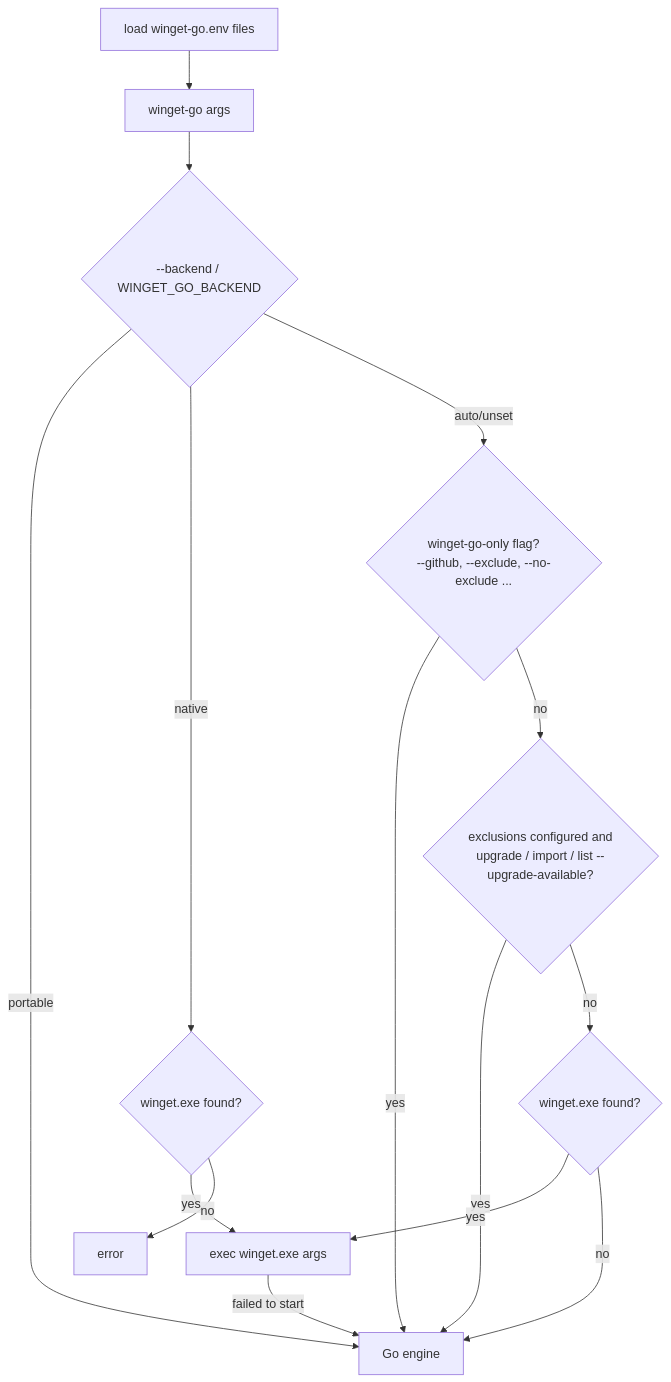
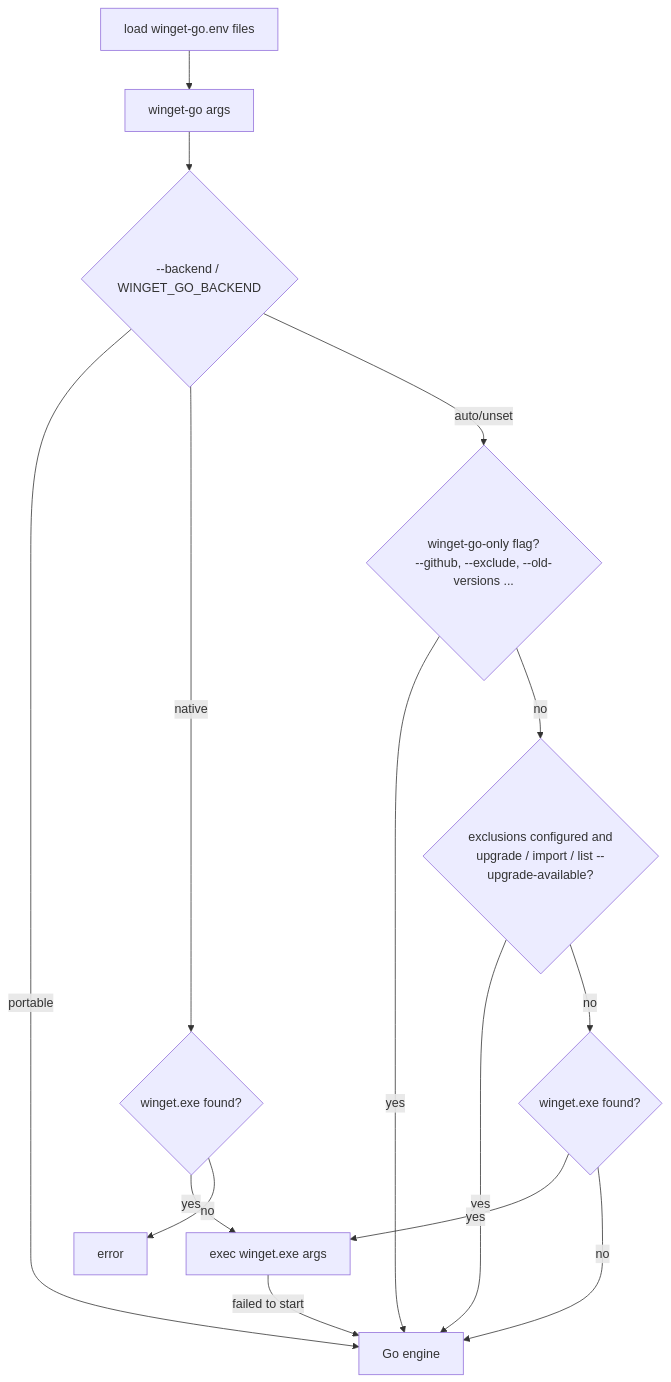
One commit to badamsz/winget-go changed the first of 3 diagrams in docs/ARCHITECTURE.md. Above: the diagram before and after it, drawn with Mermaid. The commit also changed other lines of this file and 10 other files, not shown here.

First line of the commit message:
Add uninstall --old-versions to remove outdated side-by-side versions

````diff
--- a/docs/ARCHITECTURE.md
+++ b/docs/ARCHITECTURE.md
@@ -21,17 +21,17 @@
 ```mermaid
 flowchart TD
     S[load winget-go.env files] --> A
     A[winget-go args] --> B{--backend / WINGET_GO_BACKEND}
     B -- portable --> P[Go engine]
     B -- native --> N{winget.exe found?}
     N -- yes --> X[exec winget.exe args]
     N -- no --> E[error]
-    B -- auto/unset --> G{winget-go-only flag?<br/>--github, --exclude, --no-exclude ...}
+    B -- auto/unset --> G{winget-go-only flag?<br/>--github, --exclude, --old-versions ...}
     G -- yes --> P
     G -- no --> XC{exclusions configured and<br/>upgrade / import / list --upgrade-available?}
     XC -- yes --> P
     XC -- no --> F{winget.exe found?}
     F -- yes --> X
     F -- no --> P
     X -- failed to start --> P
 ```
````
